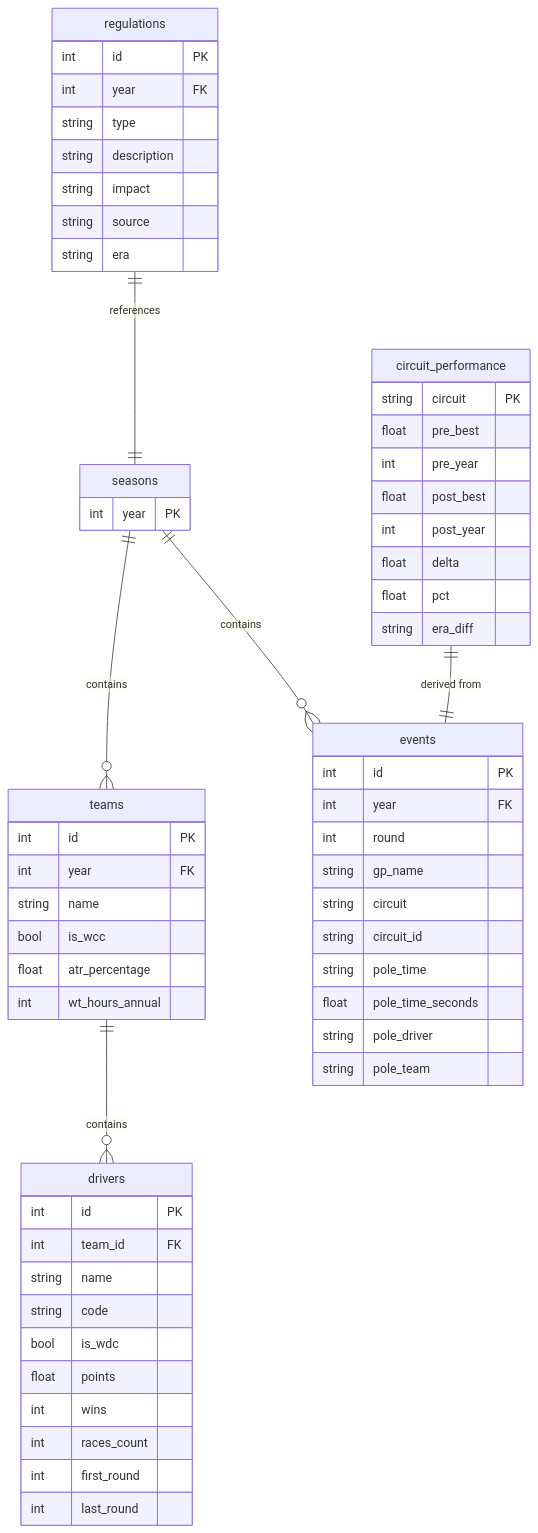
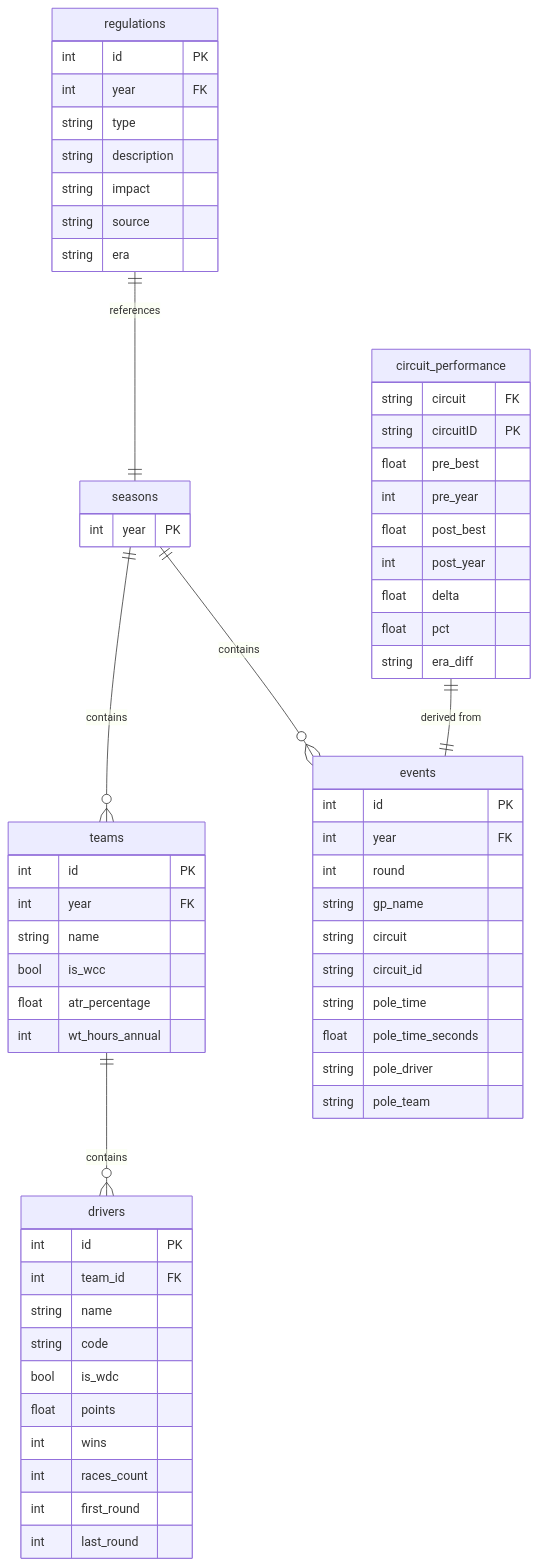
Before and after one commit to raff1031/DataMan-Bicocca-: the diagram in database_schema.md, drawn with Mermaid. The commit also changed other lines of this file, not shown here.

Commit message:
Update circuit field to foreign key and add CircuitID

````diff
--- a/database_schema.md
+++ b/database_schema.md
@@ -18,68 +18,69 @@
 ```mermaid
 erDiagram
     seasons ||--o{ teams : contains
     teams ||--o{ drivers : contains
     seasons ||--o{ events : contains
     regulations ||--|| seasons : references
     circuit_performance ||--|| events : "derived from"
 
     seasons {
         int year PK
     }
     
     teams {
         int id PK
         int year FK
         string name
         bool is_wcc
         float atr_percentage
         int wt_hours_annual
     }
     
     drivers {
         int id PK
         int team_id FK
         string name
         string code
         bool is_wdc
         float points
         int wins
         int races_count
         int first_round
         int last_round
     }
     
     events {
         int id PK
         int year FK
         int round
         string gp_name
         string circuit
         string circuit_id
         string pole_time
         float pole_time_seconds
         string pole_driver
         string pole_team
     }
     
     regulations {
         int id PK
         int year FK
         string type
         string description
         string impact
         string source
         string era
     }
     
     circuit_performance {
-        string circuit PK
+        string circuit FK
+        string circuitID PK
         float pre_best
         int pre_year
         float post_best
         int post_year
         float delta
         float pct
         string era_diff
     }
 ```
````
